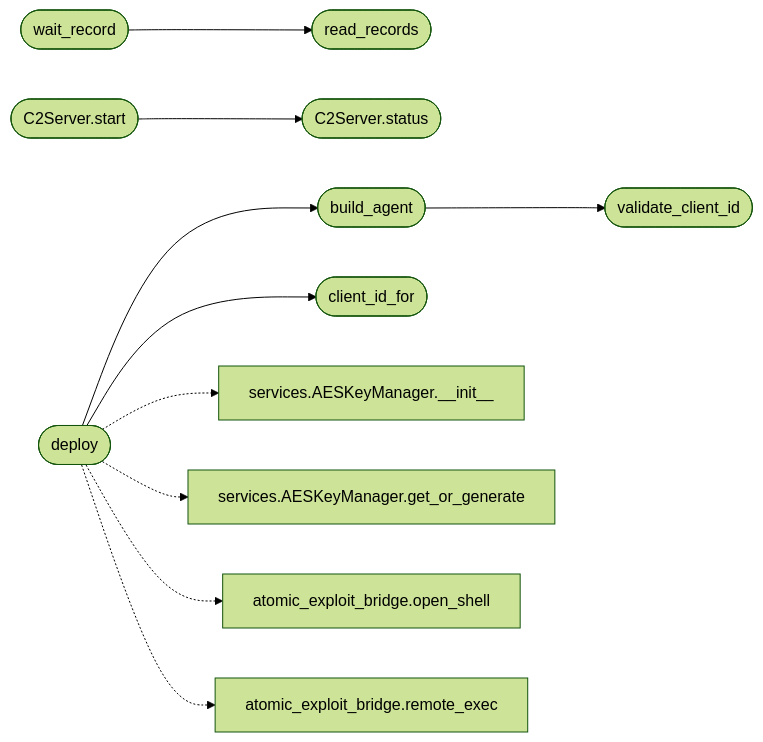
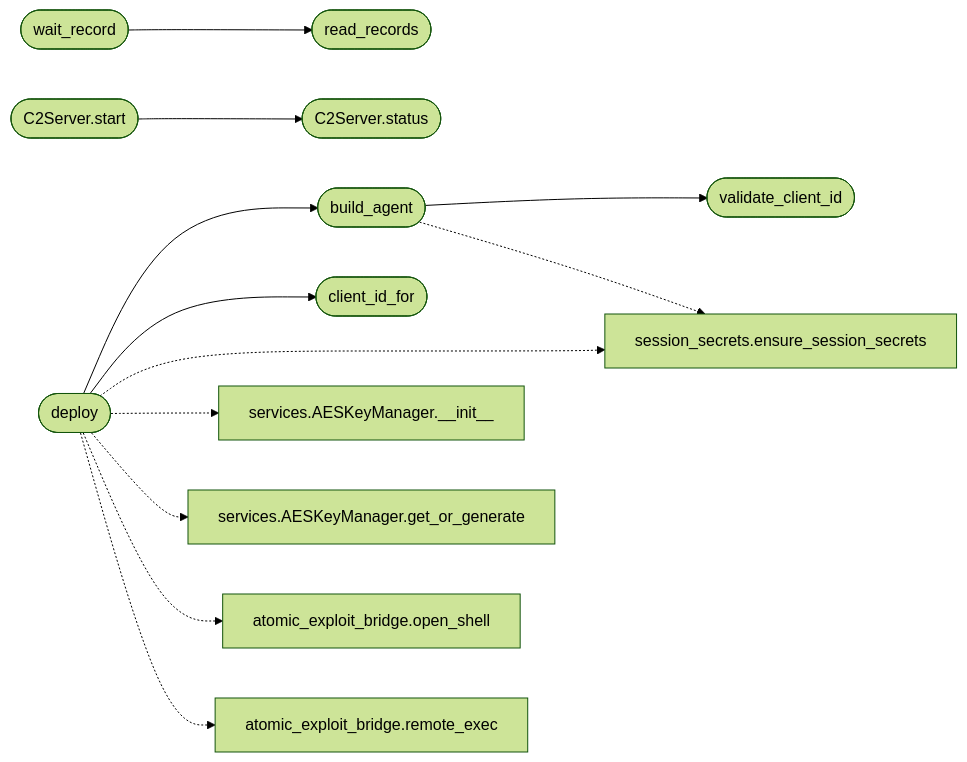
One commit to grisuno/LazyOwn changed the diagram in readmenator-apidocs/modules/modules.c2_agent.py.md. Above: the diagram before and after it, drawn with Mermaid (forest theme). The commit also changed other lines of this file and 203 other files, not shown here.

First line of the commit message:
feat(audit): wave 2 - rotative session secrets, sleep obfuscation, configurable persistence, utls JA3

````diff
--- a/readmenator-apidocs/modules/modules.c2_agent.py.md
+++ b/readmenator-apidocs/modules/modules.c2_agent.py.md
@@ -40,24 +40,27 @@
 ```mermaid
 flowchart LR
     n_modules_c2_agent_py__build_agent(["build_agent"])
     n_modules_c2_agent_py__validate_client_id(["validate_client_id"])
     n_modules_c2_agent_py__deploy(["deploy"])
     n_modules_c2_agent_py__client_id_for(["client_id_for"])
     n_modules_c2_agent_py__wait_record(["wait_record"])
     n_modules_c2_agent_py__read_records(["read_records"])
     n_modules_c2_agent_py__C2Server_start(["C2Server.start"])
     n_modules_c2_agent_py__C2Server_status(["C2Server.status"])
+    n_core_session_secrets_py__ensure_session_secrets["session_secrets.ensure_session_secrets"]
     n_lazyc2_security_services_py__AESKeyManager___init__["services.AESKeyManager.__init__"]
     n_lazyc2_security_services_py__AESKeyManager_get_or_generate["services.AESKeyManager.get_or_generate"]
     n_modules_atomic_exploit_bridge_py__open_shell["atomic_exploit_bridge.open_shell"]
     n_modules_atomic_exploit_bridge_py__remote_exec["atomic_exploit_bridge.remote_exec"]
     n_modules_c2_agent_py__build_agent --> n_modules_c2_agent_py__validate_client_id
     n_modules_c2_agent_py__deploy --> n_modules_c2_agent_py__build_agent
     n_modules_c2_agent_py__deploy --> n_modules_c2_agent_py__client_id_for
     n_modules_c2_agent_py__wait_record --> n_modules_c2_agent_py__read_records
     n_modules_c2_agent_py__C2Server_start --> n_modules_c2_agent_py__C2Server_status
+    n_modules_c2_agent_py__build_agent -.-> n_core_session_secrets_py__ensure_session_secrets
+    n_modules_c2_agent_py__deploy -.-> n_core_session_secrets_py__ensure_session_secrets
     n_modules_c2_agent_py__deploy -.-> n_lazyc2_security_services_py__AESKeyManager___init__
     n_modules_c2_agent_py__deploy -.-> n_lazyc2_security_services_py__AESKeyManager_get_or_generate
     n_modules_c2_agent_py__deploy -.-> n_modules_atomic_exploit_bridge_py__open_shell
     n_modules_c2_agent_py__deploy -.-> n_modules_atomic_exploit_bridge_py__remote_exec
 ```
````
